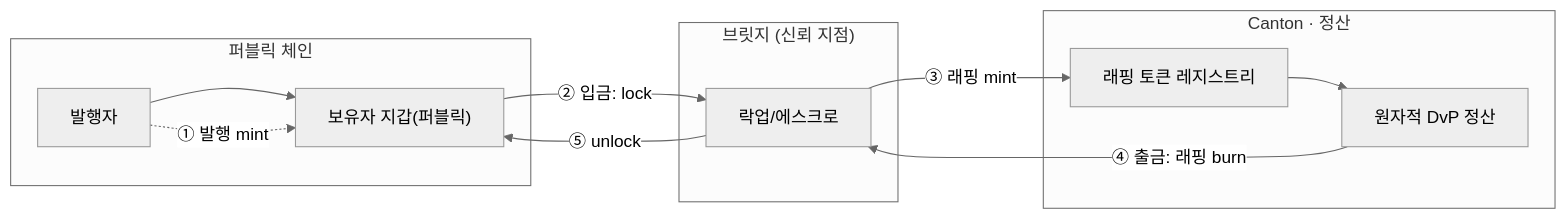
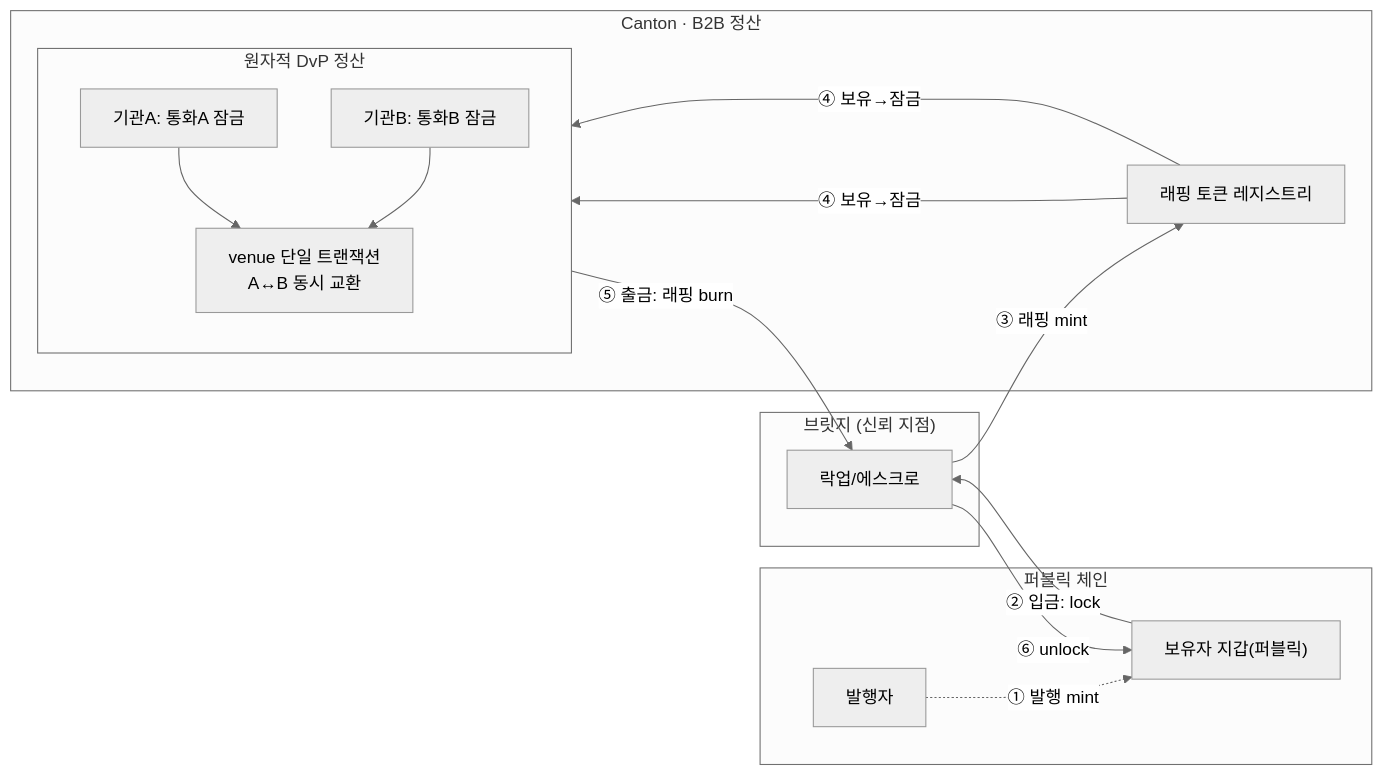
One commit to eunsujeo/canton-docs changed the second of 3 diagrams in wiki/notes/token-issuance-bridge-patterns.md. Above: the diagram before and after it, drawn with Mermaid (neutral theme). The commit also changed other lines of this file, not shown here.

````diff
--- a/wiki/notes/token-issuance-bridge-patterns.md
+++ b/wiki/notes/token-issuance-bridge-patterns.md
@@ -51,19 +51,28 @@
 ```mermaid
 flowchart LR
   subgraph PUB["퍼블릭 체인"]
-    ISS1["발행자"] --> WP["보유자 지갑(퍼블릭)"]
+    ISS1["발행자"]
+    WP["보유자 지갑(퍼블릭)"]
   end
   subgraph BR["브릿지 (신뢰 지점)"]
     LOCK["락업/에스크로"]
   end
-  subgraph CAN["Canton · 정산"]
+  subgraph CAN["Canton · B2B 정산"]
     REG1["래핑 토큰 레지스트리"]
-    DVP1["원자적 DvP 정산"]
+    subgraph DVP1["원자적 DvP 정산"]
+      direction TB
+      AL1["기관A: 통화A 잠금"]
+      BL1["기관B: 통화B 잠금"]
+      EX1["venue 단일 트랜잭션<br/>A↔B 동시 교환"]
+      AL1 --> EX1
+      BL1 --> EX1
+    end
   end
   ISS1 -.->|"① 발행 mint"| WP
   WP -->|"② 입금: lock"| LOCK
   LOCK -->|"③ 래핑 mint"| REG1
-  REG1 --> DVP1
-  DVP1 -->|"④ 출금: 래핑 burn"| LOCK
-  LOCK -->|"⑤ unlock"| WP
+  REG1 -->|"④ 보유→잠금"| AL1
+  REG1 -->|"④ 보유→잠금"| BL1
+  EX1 -->|"⑤ 출금: 래핑 burn"| LOCK
+  LOCK -->|"⑥ unlock"| WP
 ```
````
